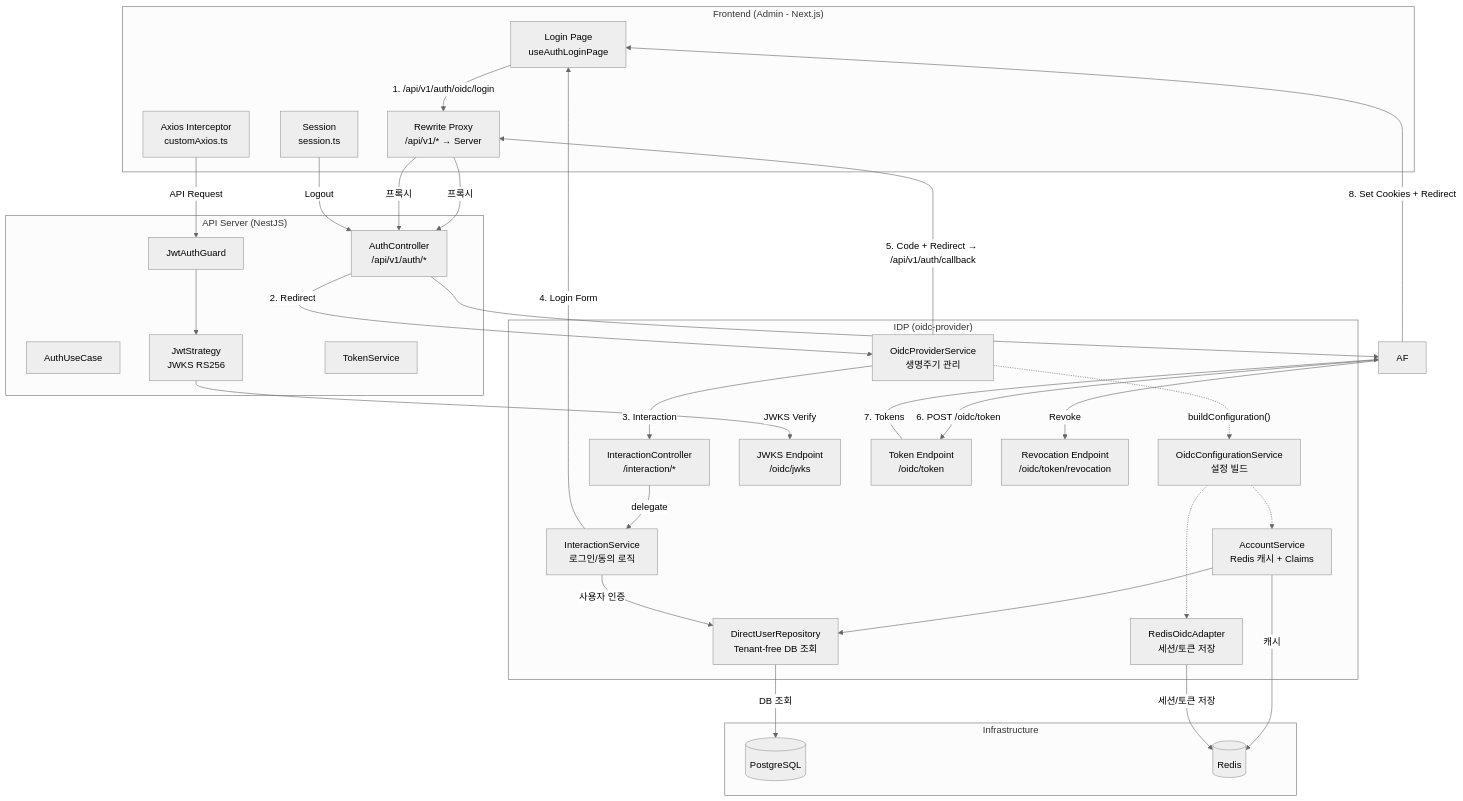
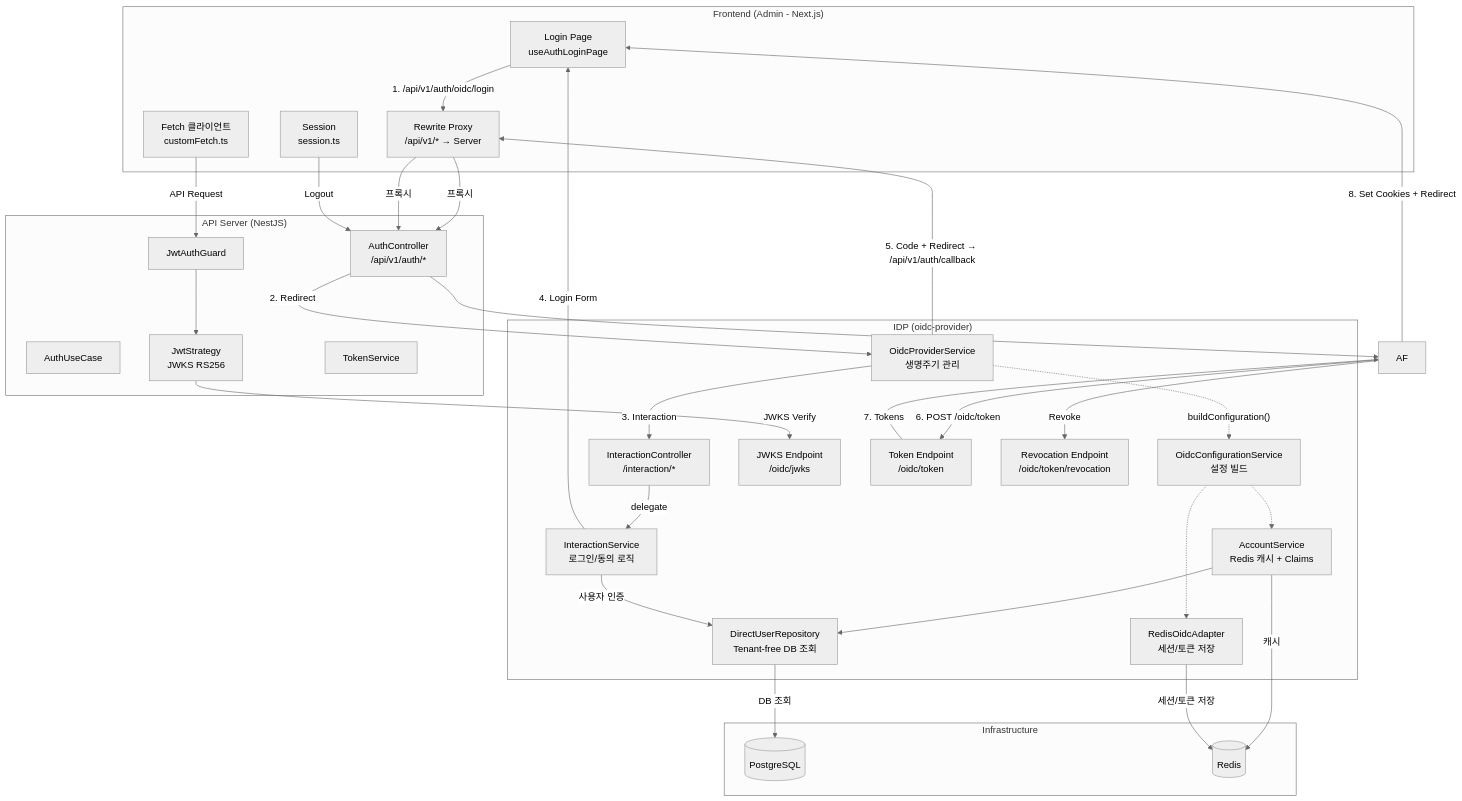
One commit to kimjoongwon/prj-core changed the fifth of 5 diagrams in packages/be-common/_spec/auth-security/oidc-auth-flow.md. Above: the diagram before and after it, drawn with Mermaid (neutral theme). The commit also changed other lines of this file and 7 other files, not shown here.

````diff
--- a/packages/be-common/_spec/auth-security/oidc-auth-flow.md
+++ b/packages/be-common/_spec/auth-security/oidc-auth-flow.md
@@ -387,64 +387,64 @@
 ```mermaid
 graph TB
     subgraph "Frontend (Admin - Next.js)"
         LP[Login Page<br/>useAuthLoginPage]
         RW[Rewrite Proxy<br/>/api/v1/* → Server]
-        AX[Axios Interceptor<br/>customAxios.ts]
+        AX[Fetch 클라이언트<br/>customFetch.ts]
         AS[Session<br/>session.ts]
     end
 
     subgraph "API Server (NestJS)"
         AC[AuthController<br/>/api/v1/auth/*]
         AAS[AuthUseCase]
         JG[JwtAuthGuard]
         JS[JwtStrategy<br/>JWKS RS256]
         TS[TokenService]
     end
 
     subgraph "IDP (oidc-provider)"
         OPS[OidcProviderService<br/>생명주기 관리]
         OCS[OidcConfigurationService<br/>설정 빌드]
         IC[InteractionController<br/>/interaction/*]
         IS[InteractionService<br/>로그인/동의 로직]
         ACS[AccountService<br/>Redis 캐시 + Claims]
         DUR[DirectUserRepository<br/>Tenant-free DB 조회]
         ROA[RedisOidcAdapter<br/>세션/토큰 저장]
         JWKS[JWKS Endpoint<br/>/oidc/jwks]
         TE[Token Endpoint<br/>/oidc/token]
         RE[Revocation Endpoint<br/>/oidc/token/revocation]
     end
 
     subgraph "Infrastructure"
         DB[(PostgreSQL)]
         RD[(Redis)]
     end
 
     LP -->|"1. /api/v1/auth/oidc/login"| RW
     RW -->|"프록시"| AC
     AC -->|"2. Redirect"| OPS
     OPS -->|"3. Interaction"| IC
     IC -->|"delegate"| IS
     IS -->|"4. Login Form"| LP
     OPS -->|"5. Code + Redirect → /api/v1/auth/callback"| RW
     RW -->|"프록시"| AC
     AC --> AF
     AF -->|"6. POST /oidc/token"| TE
     TE -->|"7. Tokens"| AF
     AF -->|"8. Set Cookies + Redirect"| LP
 
     AX -->|"API Request"| JG
     JG --> JS
     JS -->|"JWKS Verify"| JWKS
 
     AS -->|"Logout"| AC
     AF -->|"Revoke"| RE
 
     OPS -.->|"buildConfiguration()"| OCS
     OCS -.-> ACS
     OCS -.-> ROA
     ACS --> DUR
     ACS -->|"캐시"| RD
     DUR -->|"DB 조회"| DB
     IS -->|"사용자 인증"| DUR
     ROA -->|"세션/토큰 저장"| RD
 ```
````
